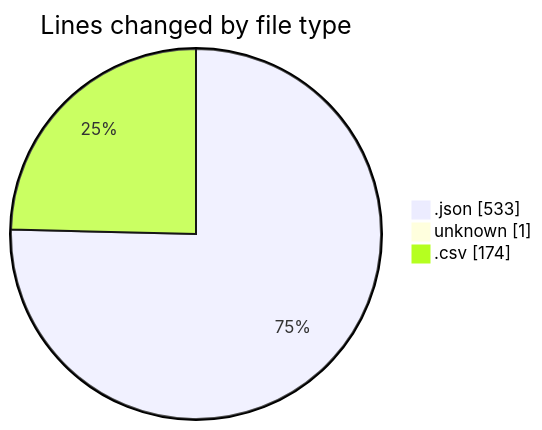
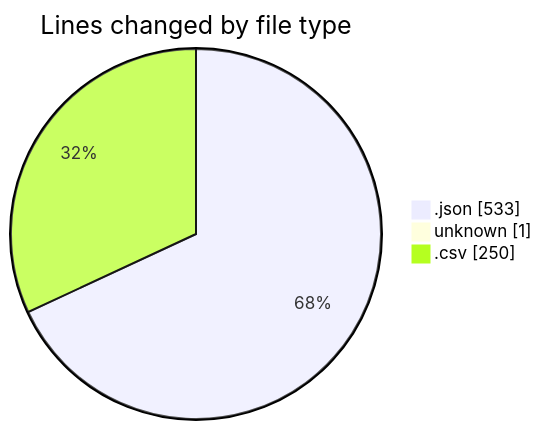
The first of 2 diagrams in 2025-07-24/uc/README.md (EIIisD/code-tracking), drawn with Mermaid before and after one commit. The commit also changed other lines of this file and 1 other file, not shown here.

````diff
--- a/2025-07-24/uc/README.md
+++ b/2025-07-24/uc/README.md
@@ -23,7 +24,7 @@
 ```mermaid
 pie showData
 title Lines changed by file type
 ".json" : 533
 "unknown" : 1
-".csv" : 174
+".csv" : 250
 ```
````
